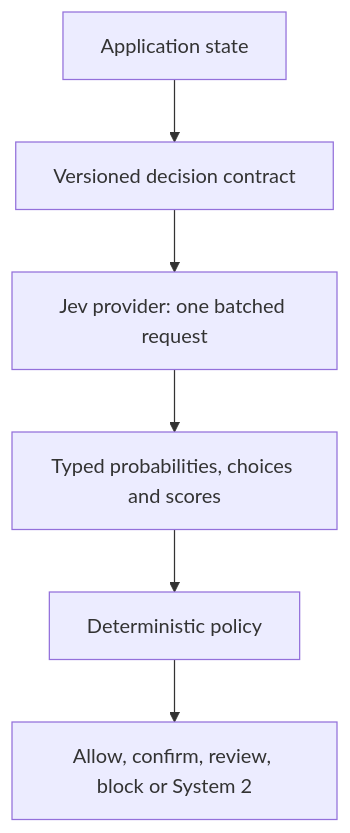
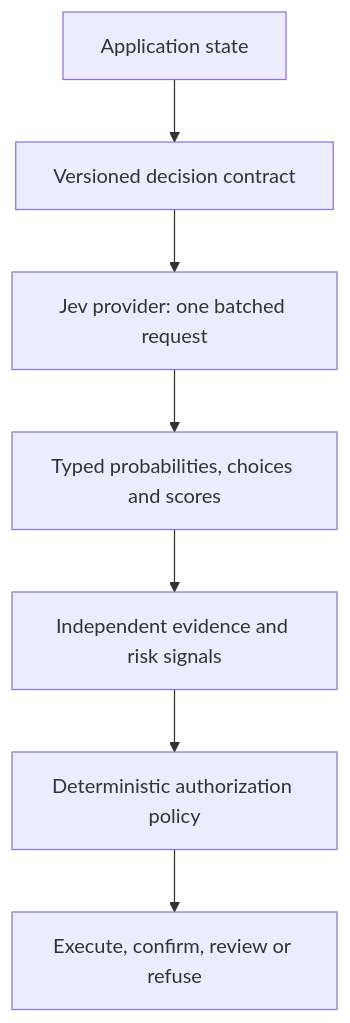
The diagram in docs/architecture.md (ghubnab99/jev-enterprise-decision-fabric), drawn with Mermaid before and after one commit. The commit also changed other lines of this file and 13 other files, not shown here.

````diff
--- a/docs/architecture.md
+++ b/docs/architecture.md
@@ -5,8 +5,9 @@
 ```mermaid
 flowchart TD
     A[Application state] --> B[Versioned decision contract]
     B --> C[Jev provider: one batched request]
     C --> D[Typed probabilities, choices and scores]
-    D --> E[Deterministic policy]
-    E --> F[Allow, confirm, review, block or System 2]
+    D --> E[Independent evidence and risk signals]
+    E --> F[Deterministic authorization policy]
+    F --> G[Execute, confirm, review or refuse]
 ```
````
